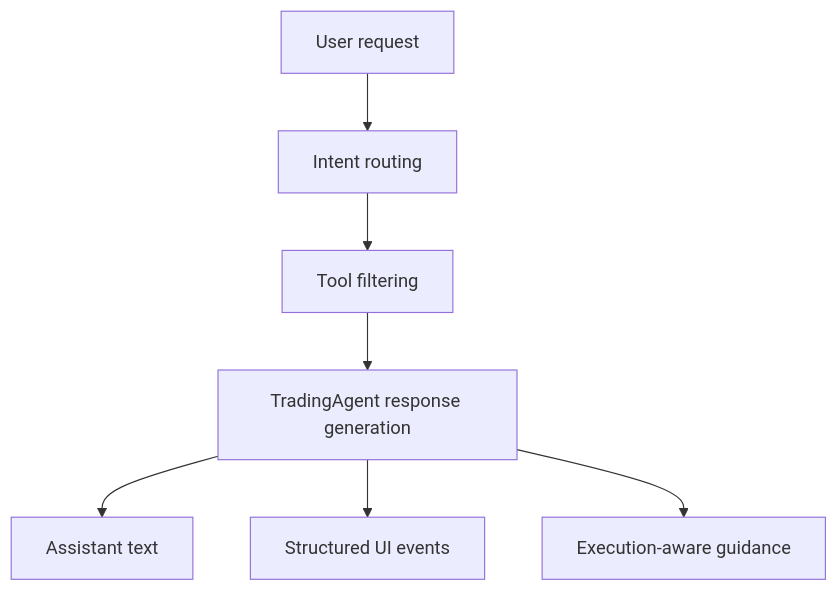
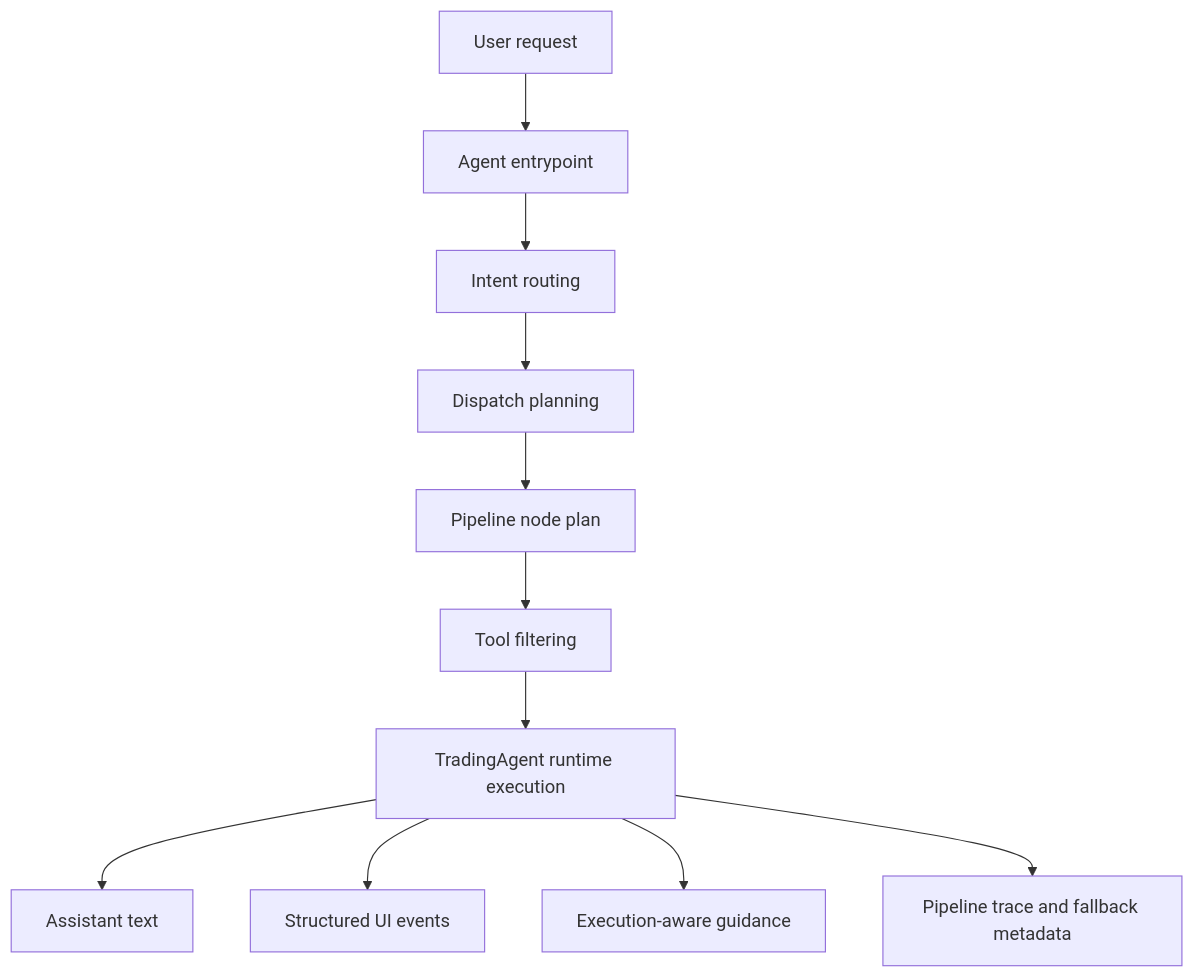
The diagram in features/agent/index.mdx (FajarArrizki/docs), drawn with Mermaid before and after one commit. The commit also changed other lines of this file and 9 other files, not shown here.

Commit message:
Feat: updete new documentation agent node & reusable agent and news websocket

````diff
--- a/features/agent/index.mdx
+++ b/features/agent/index.mdx
@@ -69,9 +101,13 @@
 ```mermaid
 flowchart TD
-    A[User request] --> B[Intent routing]
-    B --> C[Tool filtering]
-    C --> D[TradingAgent response generation]
-    D --> E[Assistant text]
-    D --> F[Structured UI events]
-    D --> G[Execution-aware guidance]
+    A[User request] --> B[Agent entrypoint]
+    B --> C[Intent routing]
+    C --> D[Dispatch planning]
+    D --> E[Pipeline node plan]
+    E --> F[Tool filtering]
+    F --> G[TradingAgent runtime execution]
+    G --> H[Assistant text]
+    G --> I[Structured UI events]
+    G --> J[Execution-aware guidance]
+    G --> K[Pipeline trace and fallback metadata]
 ```
````
